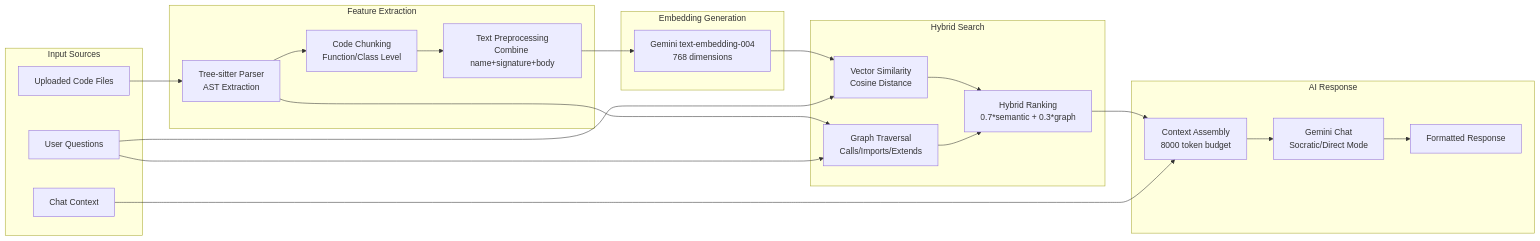
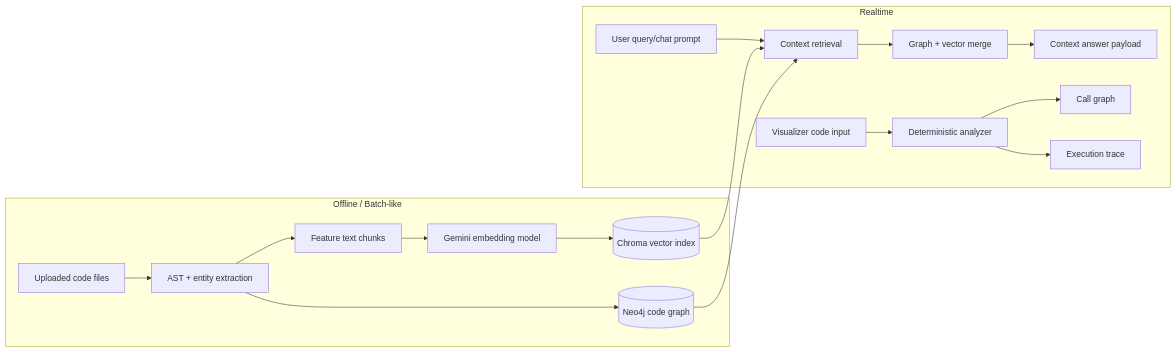
One commit to Ishan-K9868/socraticDev-final changed the fifth of 7 diagrams in README.md. Above: the diagram before and after it, drawn with Mermaid. The commit also changed other lines of this file, not shown here.

````diff
--- a/README.md
+++ b/README.md
@@ -383,41 +300,22 @@
 ```mermaid
 flowchart LR
-    subgraph Input["Input Sources"]
-        CODE[Uploaded Code Files]
-        QUERY[User Questions]
-        CHAT[Chat Context]
+    subgraph OfflineOrBatch[Offline / Batch-like]
+      SRC[Uploaded code files] --> PARSE[AST + entity extraction]
+      PARSE --> FEAT[Feature text chunks]
+      FEAT --> EMB[Gemini embedding model]
+      EMB --> CH[(Chroma vector index)]
+      PARSE --> G[(Neo4j code graph)]
     end
 
-    subgraph Processing["Feature Extraction"]
-        PARSE[Tree-sitter Parser<br/>AST Extraction]
-        CHUNK[Code Chunking<br/>Function/Class Level]
-        PREP[Text Preprocessing<br/>Combine name+signature+body]
+    subgraph Realtime[Realtime]
+      PROMPT[User query/chat prompt] --> CTX[Context retrieval]
+      CTX --> MERGE[Graph + vector merge]
+      MERGE --> OUT[Context answer payload]
+      CODE[Visualizer code input] --> DET[Deterministic analyzer]
+      DET --> CG[Call graph]
+      DET --> XT[Execution trace]
     end
 
-    subgraph Embedding["Embedding Generation"]
-        GEMINI_E[Gemini text-embedding-004<br/>768 dimensions]
-    end
-
-    subgraph Search["Hybrid Search"]
-        VEC[Vector Similarity<br/>Cosine Distance]
-        GRAPH[Graph Traversal<br/>Calls/Imports/Extends]
-        RANK[Hybrid Ranking<br/>0.7*semantic + 0.3*graph]
-    end
-
-    subgraph Output["AI Response"]
-        CTX[Context Assembly<br/>8000 token budget]
-        GEMINI_C[Gemini Chat<br/>Socratic/Direct Mode]
-        RESP[Formatted Response]
-    end
-
-    CODE --> PARSE --> CHUNK --> PREP --> GEMINI_E
-    GEMINI_E --> VEC
-    PARSE --> GRAPH
-    QUERY --> VEC
-    QUERY --> GRAPH
-    VEC --> RANK
-    GRAPH --> RANK
-    RANK --> CTX
-    CHAT --> CTX
-    CTX --> GEMINI_C --> RESP
+    CH --> CTX
+    G --> CTX
 ```
````
